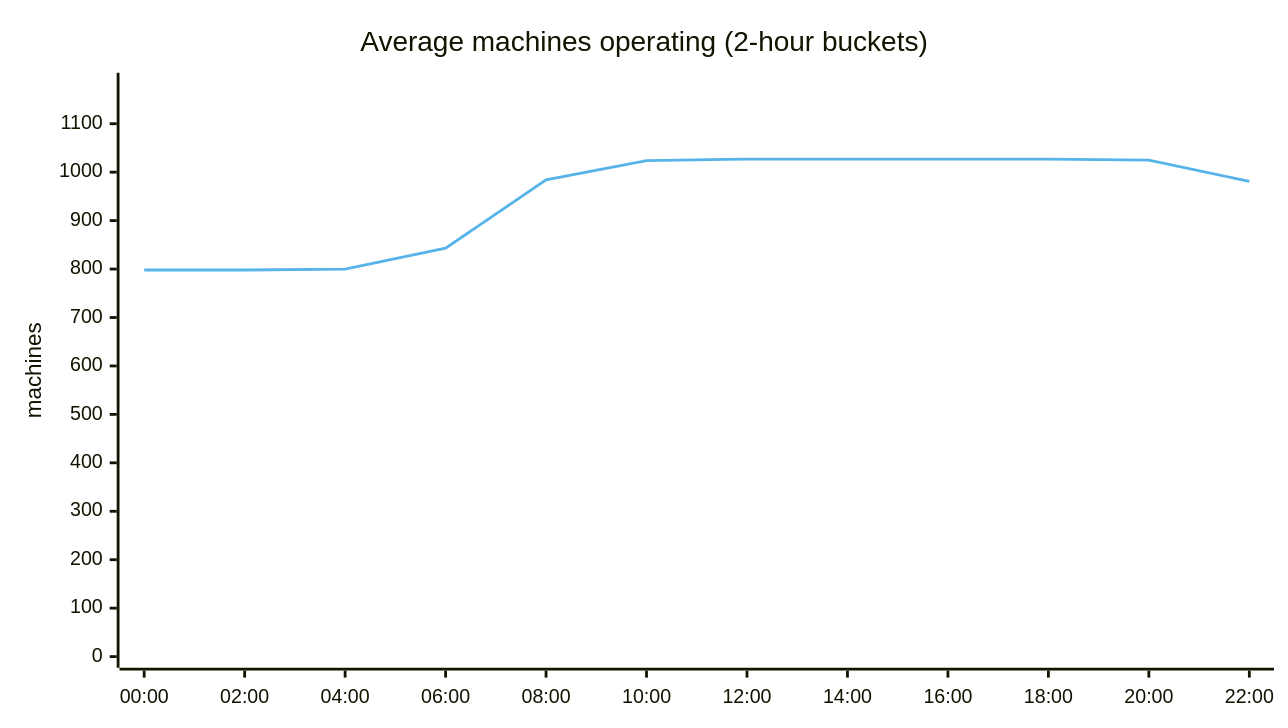
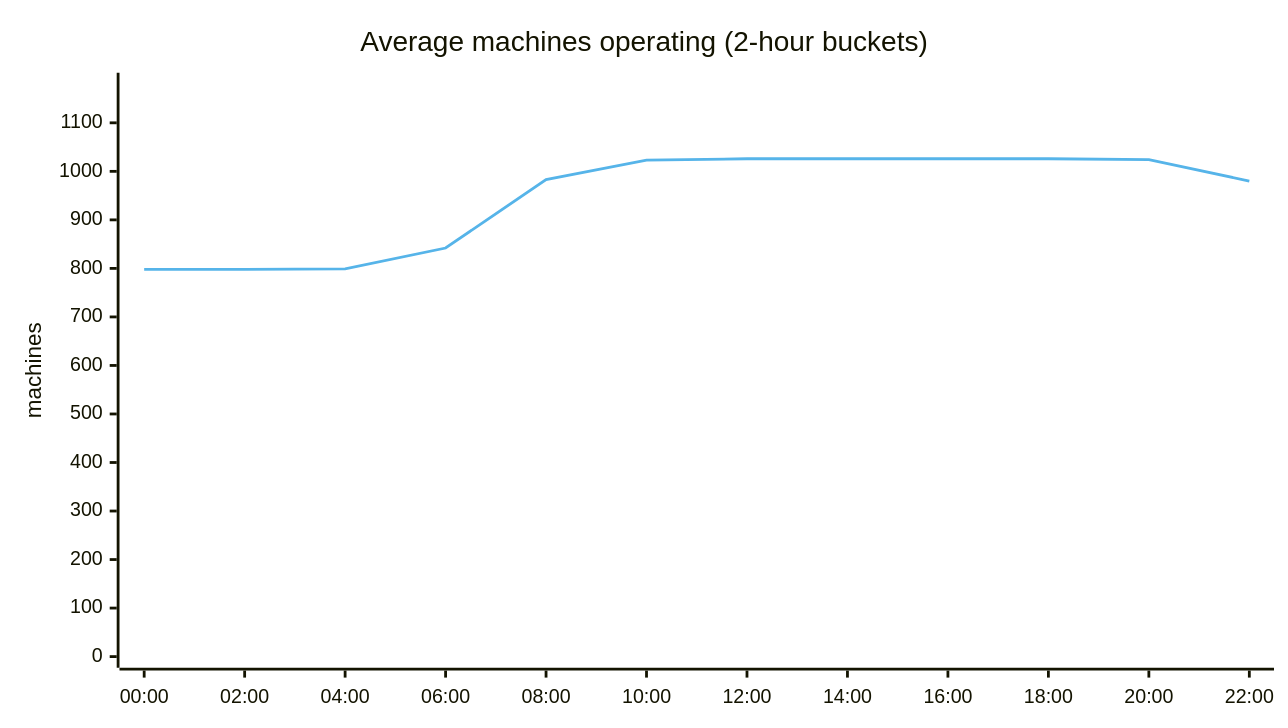
Before and after one commit to cheeaun/returnright-data: the third of 7 diagrams in ANALYSIS.md, drawn with Mermaid. The commit also changed other lines of this file and 3 other files, not shown here.

````diff
--- a/ANALYSIS.md
+++ b/ANALYSIS.md
@@ -87,15 +85,15 @@
 ```mermaid
 ---
 config:
   themeVariables:
     xyChart:
       plotColorPalette: "#56B4E9"
   xyChart:
     width: 900
 ---
 xychart-beta
     title "Average machines operating (2-hour buckets)"
     x-axis ["00:00", "02:00", "04:00", "06:00", "08:00", "10:00", "12:00", "14:00", "16:00", "18:00", "20:00", "22:00"]
-    y-axis "machines" 0 --> 1182
-    line [798, 798, 800, 843, 984, 1024, 1027, 1027, 1027, 1027, 1025, 981]
+    y-axis "machines" 0 --> 1180
+    line [798, 798, 799, 842, 983, 1023, 1026, 1026, 1026, 1026, 1024, 980]
 ```
````
